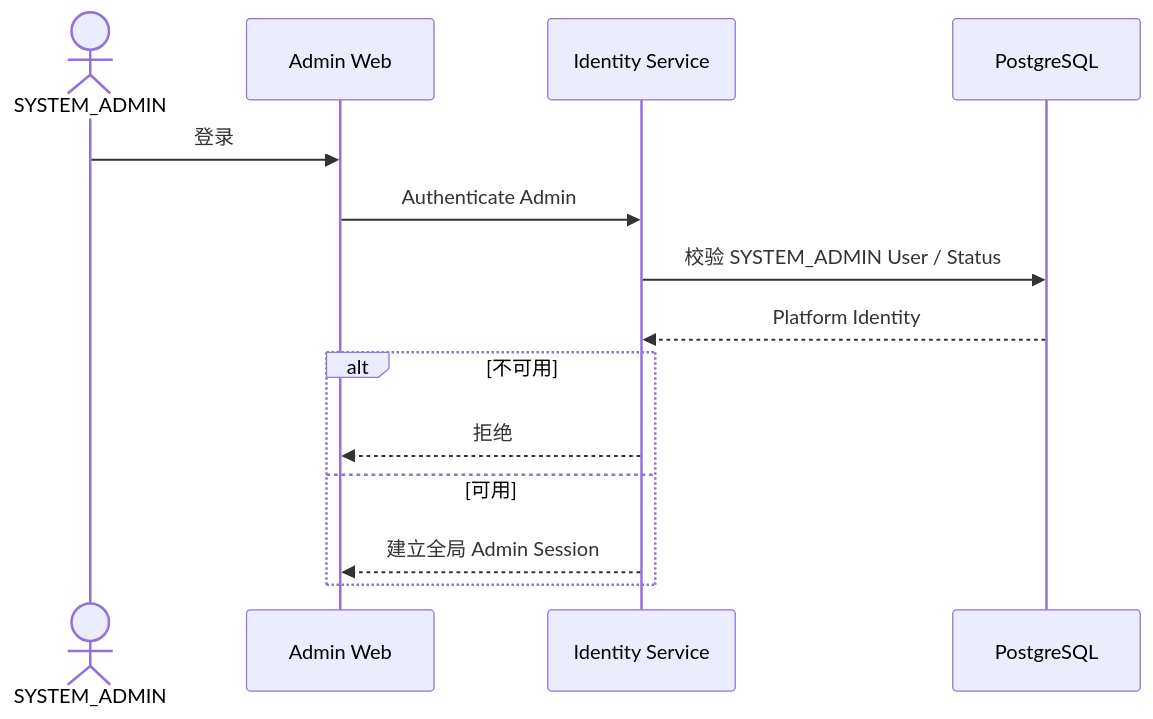
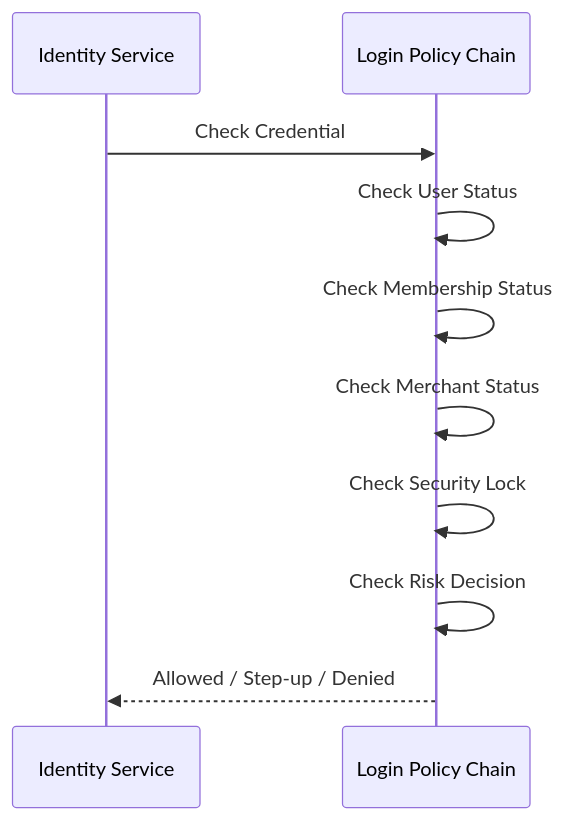
One commit to sxyq/mastergoods changed the second of 3 diagrams in docs/system-design/01-账户与身份/02-登录与会话.md. Above: the diagram before and after it, drawn with Mermaid. The commit also changed other lines of this file and 10 other files, not shown here.

Commit message:
docs(system-design): expand account identity security design

````diff
--- a/docs/system-design/01-账户与身份/02-登录与会话.md
+++ b/docs/system-design/01-账户与身份/02-登录与会话.md
@@ -44,18 +44,13 @@
 ```mermaid
 sequenceDiagram
-    actor SA as SYSTEM_ADMIN
-    participant WEB as Admin Web
     participant IAM as Identity Service
-    participant DB as PostgreSQL
+    participant POLICY as Login Policy Chain
 
-    SA->>WEB: 登录
-    WEB->>IAM: Authenticate Admin
-    IAM->>DB: 校验 SYSTEM_ADMIN User / Status
-    DB-->>IAM: Platform Identity
-
-    alt 不可用
-        IAM-->>WEB: 拒绝
-    else 可用
-        IAM-->>WEB: 建立全局 Admin Session
-    end
+    IAM->>POLICY: Check Credential
+    POLICY->>POLICY: Check User Status
+    POLICY->>POLICY: Check Membership Status
+    POLICY->>POLICY: Check Merchant Status
+    POLICY->>POLICY: Check Security Lock
+    POLICY->>POLICY: Check Risk Decision
+    POLICY-->>IAM: Allowed / Step-up / Denied
 ```
````
